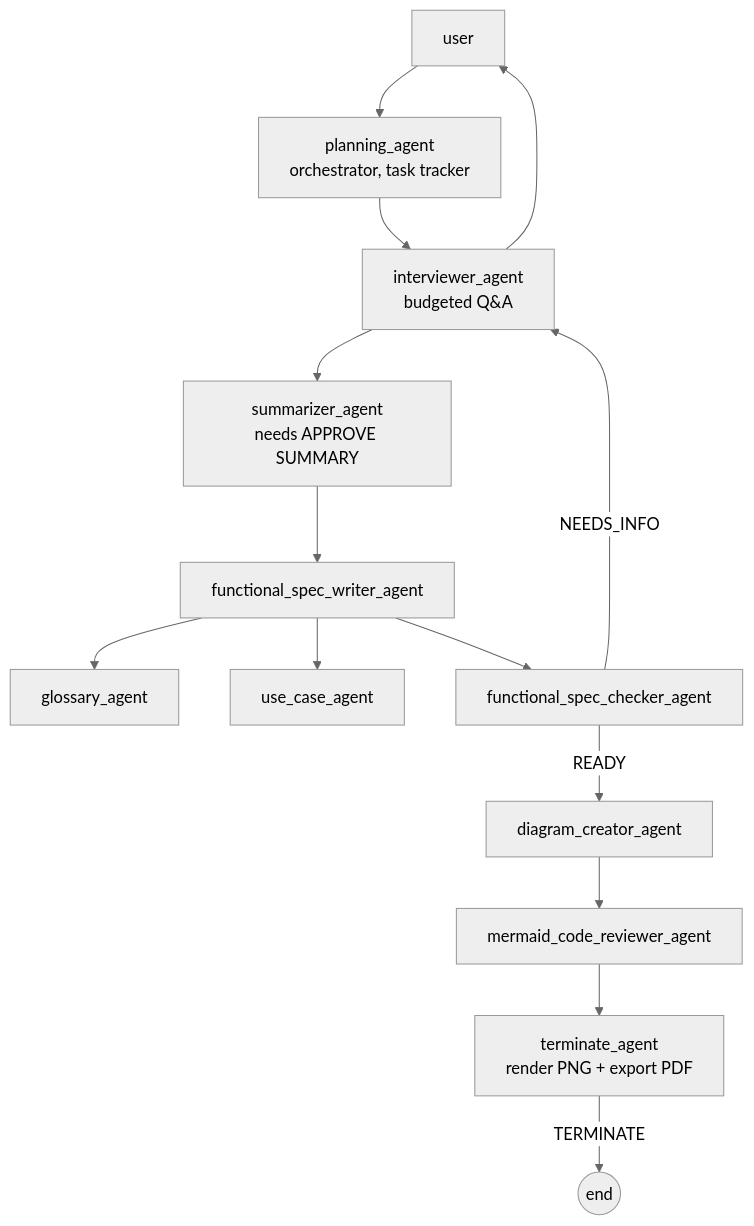
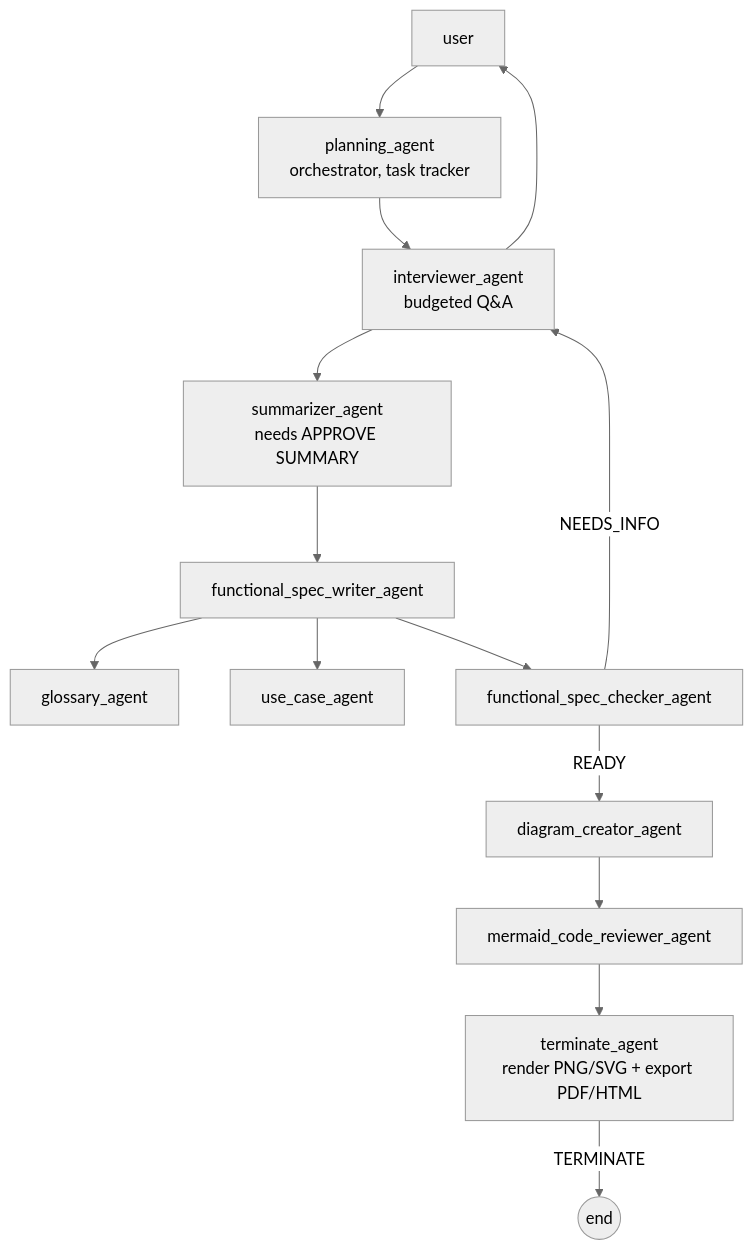
Before and after one commit to junmiron/TFM_BA_GPT_final: the diagram in README.md, drawn with Mermaid (neutral theme). The commit also changed other lines of this file and 1 other file, not shown here.

Commit message:
README: reflect current architecture (UI/API/pipeline/MCP lanes), add full feature list, refresh deliverables, tests and layout

````diff
--- a/README.md
+++ b/README.md
@@ -84,16 +170,16 @@
 ```mermaid
 flowchart TD
     U[user] --> P[planning_agent<br/>orchestrator, task tracker]
     P --> I[interviewer_agent<br/>budgeted Q&A]
     I --> U
     I --> S[summarizer_agent<br/>needs APPROVE SUMMARY]
     S --> W[functional_spec_writer_agent]
     W --> G[glossary_agent]
     W --> C[use_case_agent]
     W --> K[functional_spec_checker_agent]
     K -->|NEEDS_INFO| I
     K -->|READY| D[diagram_creator_agent]
     D --> R[mermaid_code_reviewer_agent]
-    R --> T[terminate_agent<br/>render PNG + export PDF]
+    R --> T[terminate_agent<br/>render PNG/SVG + export PDF/HTML]
     T -->|TERMINATE| END((end))
 ```
````
